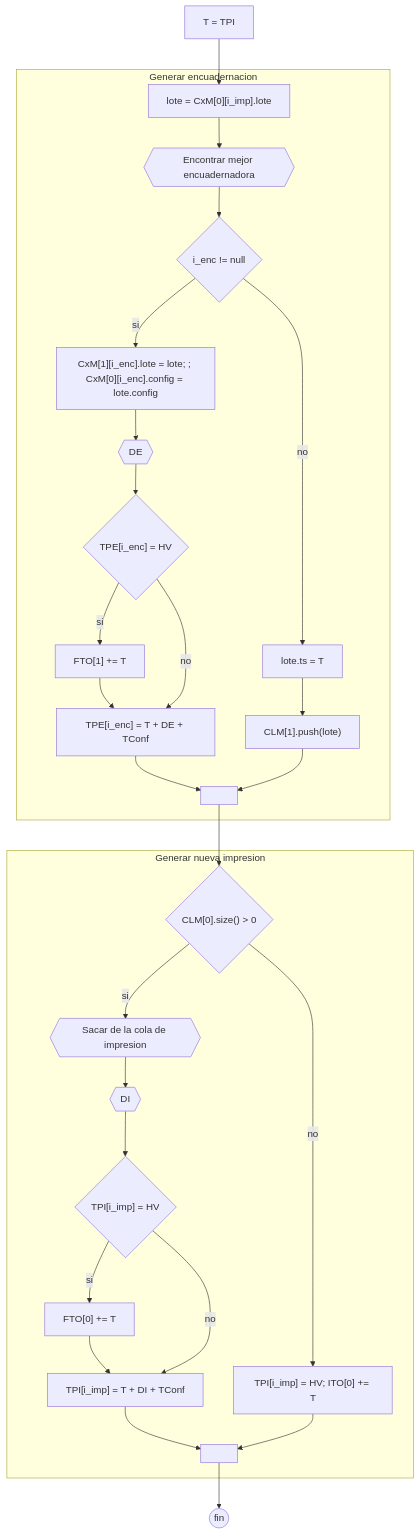
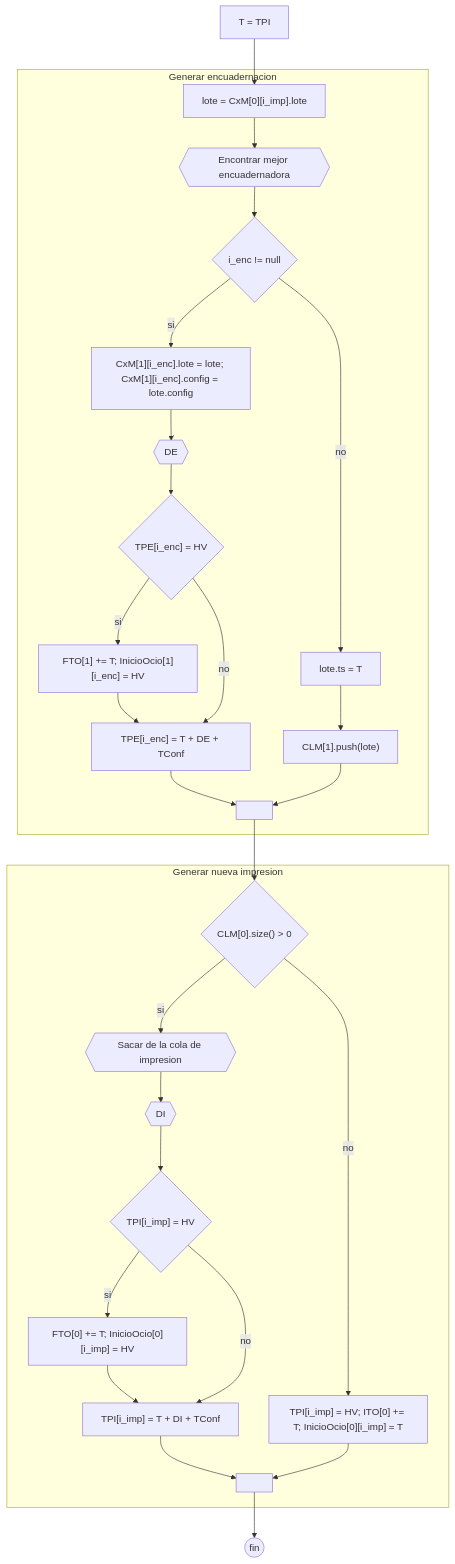
Before and after one commit to JuanManuelPrividera/TP-Simu: the diagram in docs/Diagramas/impresion/Impresion.mermaid, drawn with Mermaid. The commit also changed 12 other files, not shown here.

```diff
--- a/docs/Diagramas/impresion/Impresion.mermaid
+++ b/docs/Diagramas/impresion/Impresion.mermaid
@@ -1,20 +1,20 @@
 flowchart TD
     direction TD
     
     a[T = TPI] --> lote["lote = CxM[0][i_imp].lote"]
    
     subgraph Generar encuadernacion
     lote --> g{{Encontrar mejor encuadernadora}} --> if2{"i_enc != null"}
-    if2 --> |si| aaa0["CxM[1][i_enc].lote = lote; ; CxM[0][i_enc].config = lote.config"] --> aaa{{DE}} --> ii1{"TPE[i_enc] = HV"} --> |si| ii2["FTO[1] += T"] --> hh
+    if2 --> |si| aaa0["CxM[1][i_enc].lote = lote; CxM[1][i_enc].config = lote.config"] --> aaa{{DE}} --> ii1{"TPE[i_enc] = HV"} --> |si| ii2["FTO[1] += T; InicioOcio[1][i_enc] = HV"] --> hh
     ii1 --> |no| hh["TPE[i_enc] = T + DE + TConf"] --> ll
     if2 --> |no| z9["lote.ts = T"] --> aa["CLM[1].push(lote)"]  --> ll 
     end
    
     subgraph Generar nueva impresion
     ll[" "] --> if
-    if{"CLM[0].size() > 0"} --> |si| e{{"Sacar de la cola de impresion"}} --> s{{DI}} --> i1{"TPI[i_imp] = HV"} --> |si| i2["FTO[0] += T"] --> i
+    if{"CLM[0].size() > 0"} --> |si| e{{"Sacar de la cola de impresion"}} --> s{{DI}} --> i1{"TPI[i_imp] = HV"} --> |si| i2["FTO[0] += T; InicioOcio[0][i_imp] = HV"] --> i
     i1 --> |no| i["TPI[i_imp] = T + DI + TConf"] --> l[" "]
-    if --> |no| zz["TPI[i_imp] = HV; ITO[0] += T"] --> l
+    if --> |no| zz["TPI[i_imp] = HV; ITO[0] += T; InicioOcio[0][i_imp] = T"] --> l
     end
 
     l --> fin(("fin"))
```
